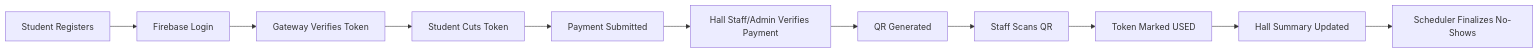
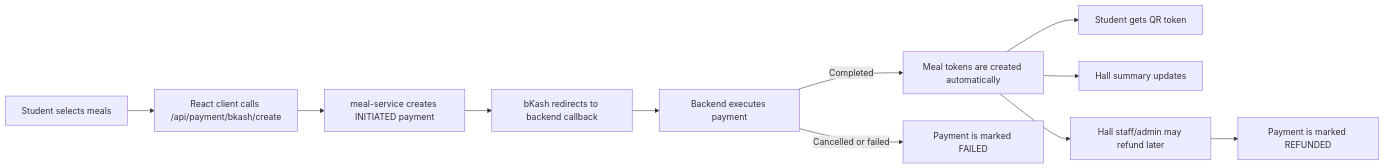
The first of 2 diagrams in README.md (alamgir-ahosain/MBSTU_DiningPass), drawn with Mermaid before and after one commit. The commit also changed other lines of this file and 5 other files, not shown here.

Commit message:
host db in render and test authentication flow

````diff
--- a/README.md
+++ b/README.md
@@ -104,13 +30,13 @@
 ```mermaid
 flowchart LR
-    A[Student Registers] --> B[Firebase Login]
-    B --> C[Gateway Verifies Token]
-    C --> D[Student Cuts Token]
-    D --> E[Payment Submitted]
-    E --> F[Hall Staff/Admin Verifies Payment]
-    F --> G[QR Generated]
-    G --> H[Staff Scans QR]
-    H --> I[Token Marked USED]
-    I --> J[Hall Summary Updated]
-    J --> K[Scheduler Finalizes No-Shows]
+    A[Student selects meals] --> B[React client calls /api/payment/bkash/create]
+    B --> C[meal-service creates INITIATED payment]
+    C --> D[bKash redirects to backend callback]
+    D --> E[Backend executes payment]
+    E -->|Completed| F[Meal tokens are created automatically]
+    E -->|Cancelled or failed| G[Payment is marked FAILED]
+    F --> H[Student gets QR token]
+    F --> I[Hall summary updates]
+    F --> J[Hall staff/admin may refund later]
+    J --> K[Payment is marked REFUNDED]
 ```
````
